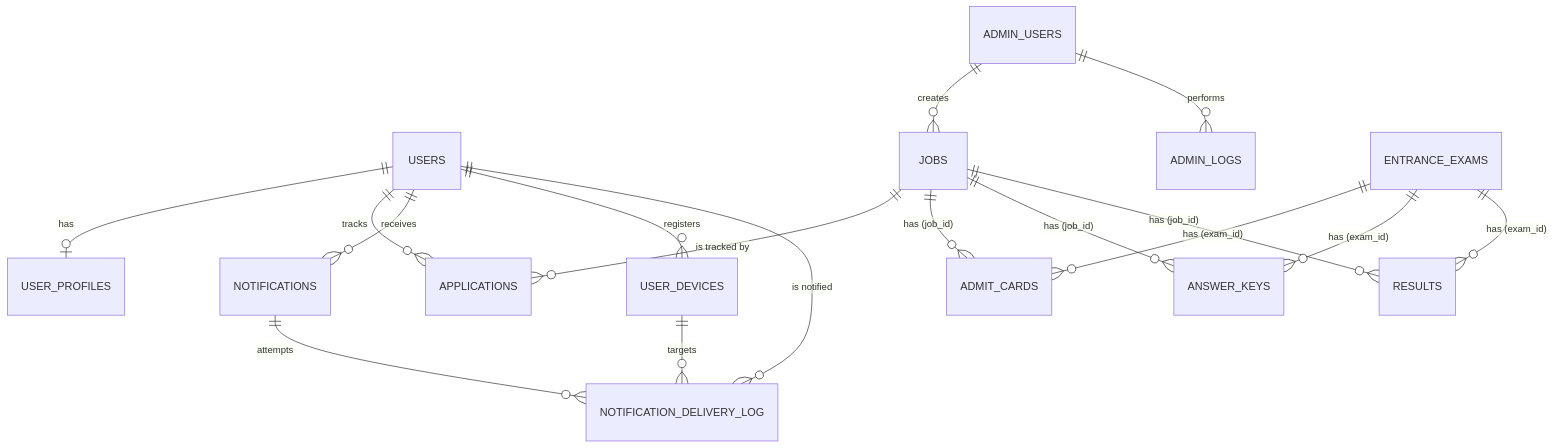
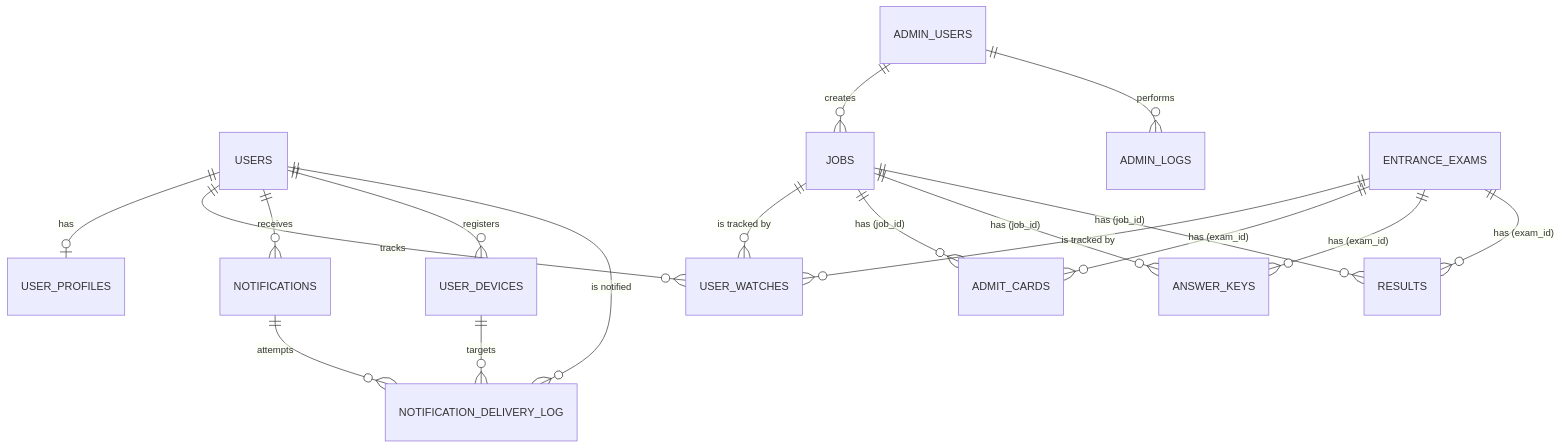
The diagram in docs/DATABASE.md (vacancyhai/hermes), drawn with Mermaid before and after one commit. The commit also changed other lines of this file and 21 other files, not shown here.

````diff
--- a/docs/DATABASE.md
+++ b/docs/DATABASE.md
@@ -25,23 +23,24 @@
 ```mermaid
 erDiagram
     USERS ||--o| USER_PROFILES : has
-    USERS ||--o{ APPLICATIONS : tracks
+    USERS ||--o{ USER_WATCHES : tracks
     USERS ||--o{ NOTIFICATIONS : receives
     USERS ||--o{ USER_DEVICES : registers
 
     ADMIN_USERS ||--o{ JOBS : creates
     ADMIN_USERS ||--o{ ADMIN_LOGS : performs
 
-    JOBS ||--o{ APPLICATIONS : "is tracked by"
+    JOBS ||--o{ USER_WATCHES : "is tracked by"
     JOBS ||--o{ ADMIT_CARDS : "has (job_id)"
     JOBS ||--o{ ANSWER_KEYS : "has (job_id)"
     JOBS ||--o{ RESULTS : "has (job_id)"
 
+    ENTRANCE_EXAMS ||--o{ USER_WATCHES : "is tracked by"
     ENTRANCE_EXAMS ||--o{ ADMIT_CARDS : "has (exam_id)"
     ENTRANCE_EXAMS ||--o{ ANSWER_KEYS : "has (exam_id)"
     ENTRANCE_EXAMS ||--o{ RESULTS : "has (exam_id)"
 
     NOTIFICATIONS ||--o{ NOTIFICATION_DELIVERY_LOG : attempts
     USER_DEVICES ||--o{ NOTIFICATION_DELIVERY_LOG : targets
     USERS ||--o{ NOTIFICATION_DELIVERY_LOG : "is notified"
 ```
````
